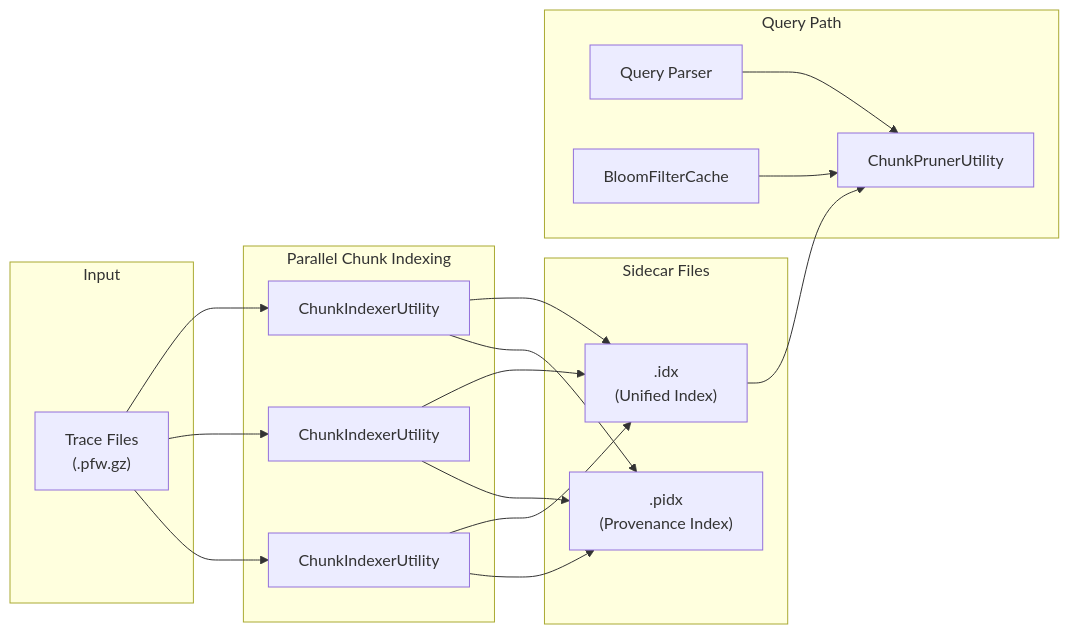
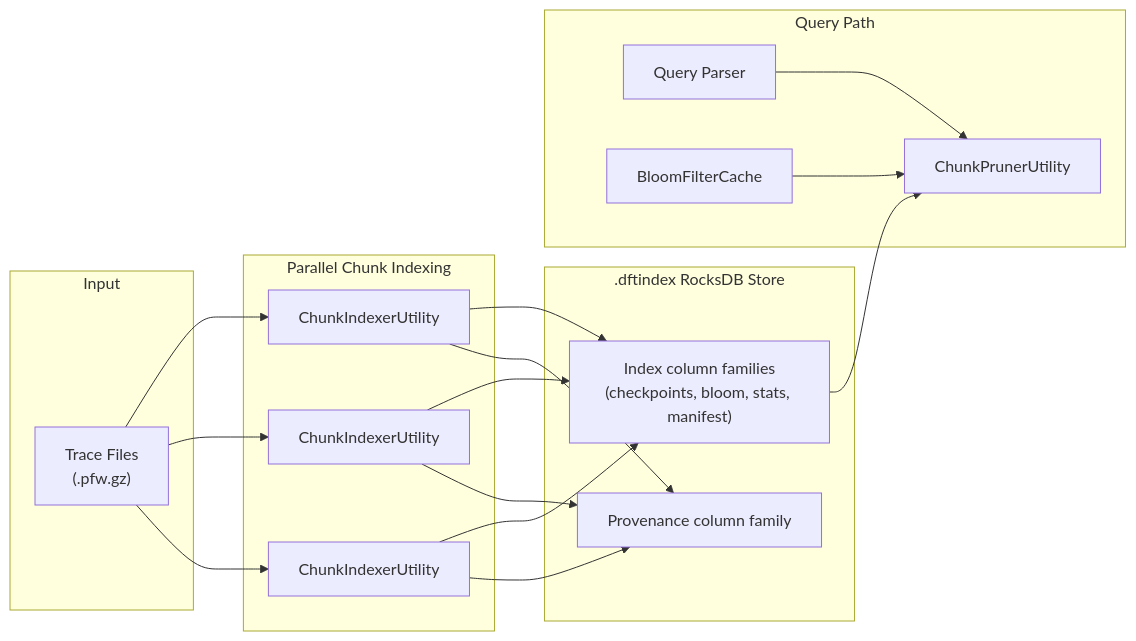
The diagram in docs/source/cpp_api/dft_indexing.rst (asparsa/ClarIOn), drawn with Mermaid before and after one commit. The commit also changed other lines of this file and 46 other files, not shown here.

```diff
--- a/docs/source/cpp_api/dft_indexing.rst
+++ b/docs/source/cpp_api/dft_indexing.rst
@@ -18,36 +19,36 @@
 .. mermaid::
 
    graph LR
        subgraph Input
            Files["Trace Files<br/>(.pfw.gz)"]
        end
 
        subgraph Indexing["Parallel Chunk Indexing"]
            CI1["ChunkIndexerUtility"]
            CI2["ChunkIndexerUtility"]
            CIN["ChunkIndexerUtility"]
        end
 
-       subgraph Storage["Sidecar Files"]
-           IDX[".idx<br/>(Unified Index)"]
-           PIDX[".pidx<br/>(Provenance Index)"]
+       subgraph Storage[".dftindex RocksDB Store"]
+           IDX["Index column families<br/>(checkpoints, bloom, stats, manifest)"]
+           PIDX["Provenance column family"]
        end
 
        subgraph Query["Query Path"]
            QP["Query Parser"]
            CP["ChunkPrunerUtility"]
            Cache["BloomFilterCache"]
        end
 
        Files --> CI1
        Files --> CI2
        Files --> CIN
        CI1 --> IDX
        CI2 --> IDX
        CIN --> IDX
        CI1 --> PIDX
        CI2 --> PIDX
        CIN --> PIDX
        QP --> CP
        IDX --> CP
        Cache --> CP
```
